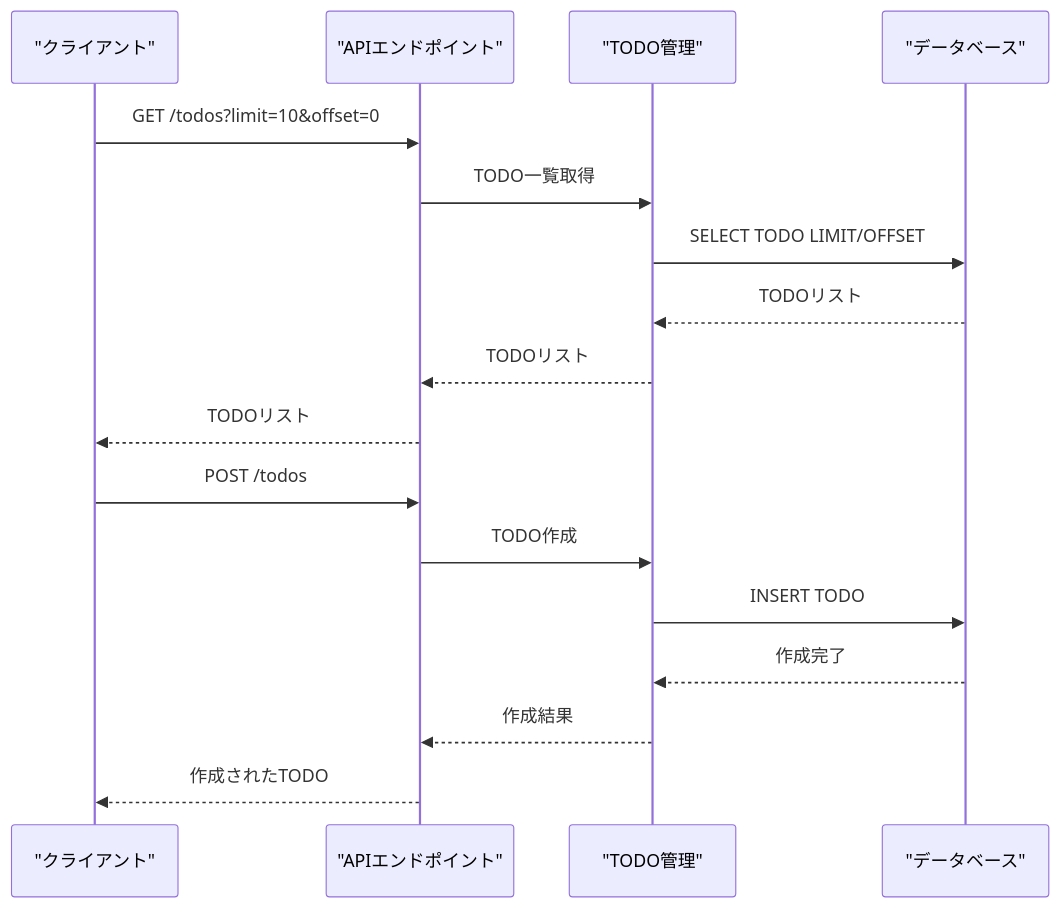
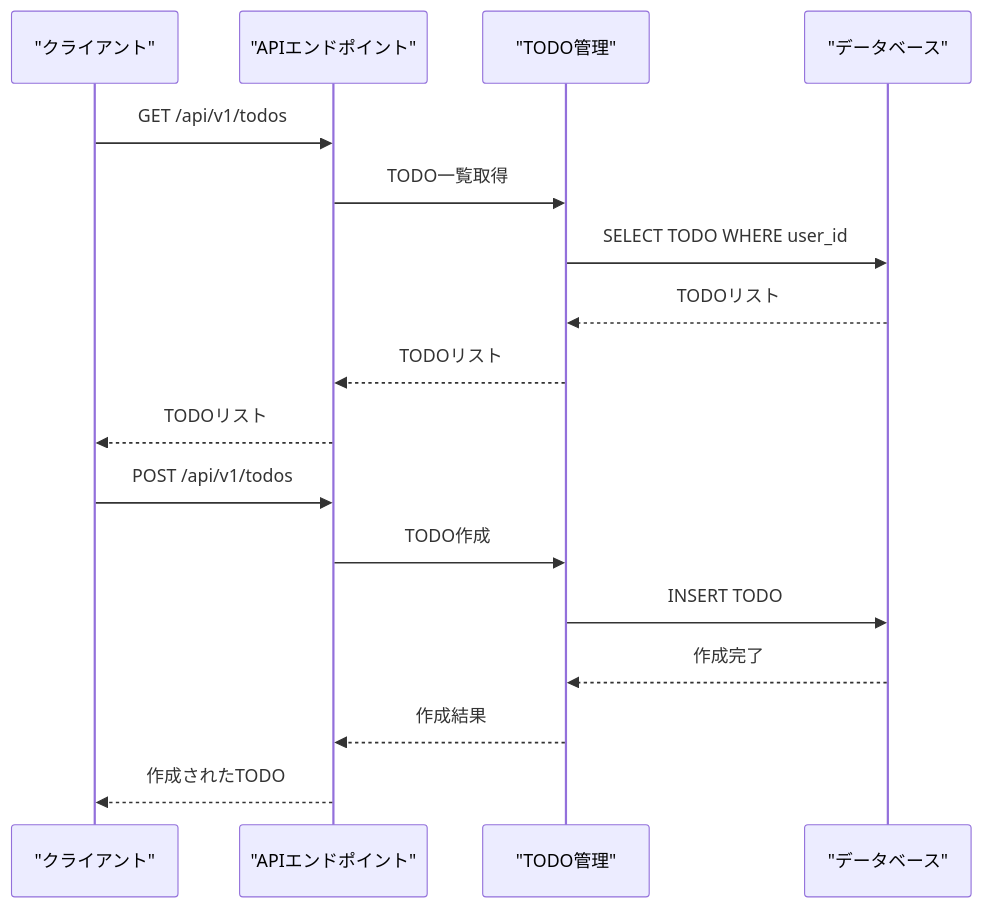
Before and after one commit to ss8806/Todos: the fourth of 6 diagrams in .qoder/repowiki/ja/content/APIリファレンス/APIリファレンス.md, drawn with Mermaid. The commit also changed other lines of this file and 5 other files, not shown here.

````diff
--- a/.qoder/repowiki/ja/content/APIリファレンス/APIリファレンス.md
+++ b/.qoder/repowiki/ja/content/APIリファレンス/APIリファレンス.md
@@ -291,19 +320,19 @@
 ```mermaid
 sequenceDiagram
 participant Client as "クライアント"
 participant API as "APIエンドポイント"
 participant Todo as "TODO管理"
 participant DB as "データベース"
-Client->>API : GET /todos?limit=10&offset=0
+Client->>API : GET /api/v1/todos
 API->>Todo : TODO一覧取得
-Todo->>DB : SELECT TODO LIMIT/OFFSET
+Todo->>DB : SELECT TODO WHERE user_id
 DB-->>Todo : TODOリスト
 Todo-->>API : TODOリスト
 API-->>Client : TODOリスト
-Client->>API : POST /todos
+Client->>API : POST /api/v1/todos
 API->>Todo : TODO作成
 Todo->>DB : INSERT TODO
 DB-->>Todo : 作成完了
 Todo-->>API : 作成結果
 API-->>Client : 作成されたTODO
 ```
````
